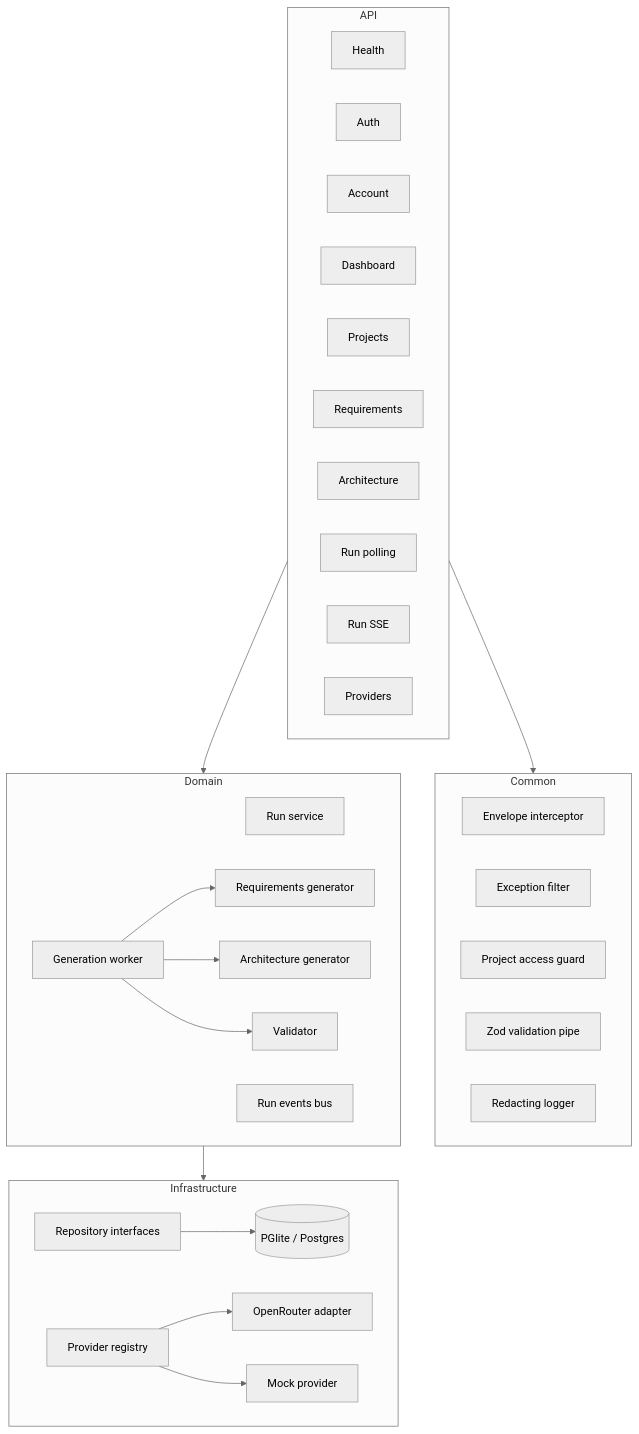
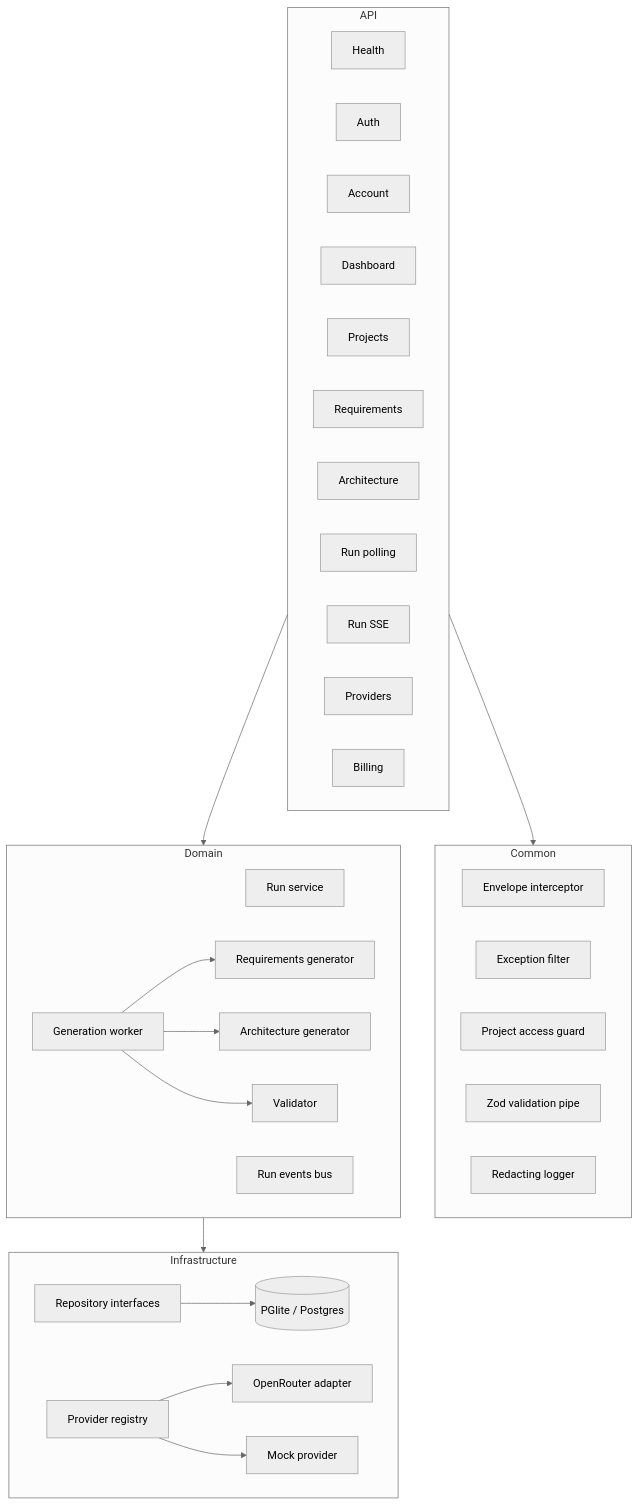
The first of 2 diagrams in backend-server/docs/Architecture.md (yogimait/SDA_SystemDesignForAll), drawn with Mermaid (neutral theme) before and after one commit. The commit also changed other lines of this file and 121 other files, not shown here.

````diff
--- a/backend-server/docs/Architecture.md
+++ b/backend-server/docs/Architecture.md
@@ -7,50 +7,51 @@
 ```mermaid
 flowchart TB
   subgraph API
     HC[Health]
     AC[Auth]
     ACC[Account]
     DASH[Dashboard]
     PC[Projects]
     RC[Requirements]
     ARC[Architecture]
     RNC[Run polling]
     SSE[Run SSE]
     PRC[Providers]
+    BIL[Billing]
   end
 
   subgraph Common
     ENV[Envelope interceptor]
     ERR[Exception filter]
     GUARD[Project access guard]
     PIPE[Zod validation pipe]
     LOG[Redacting logger]
   end
 
   subgraph Domain
     RS[Run service]
     RQ[Requirements generator]
     AG[Architecture generator]
     AV[Validator]
     WK[Generation worker]
     RE[Run events bus]
   end
 
   subgraph Infrastructure
     REG[Provider registry]
     OR[OpenRouter adapter]
     MOCK[Mock provider]
     REPO[Repository interfaces]
     DB[(PGlite / Postgres)]
   end
 
   API --> Common
   API --> Domain
   Domain --> Infrastructure
   REPO --> DB
   WK --> RQ
   WK --> AG
   WK --> AV
   REG --> OR
   REG --> MOCK
 ```
````
